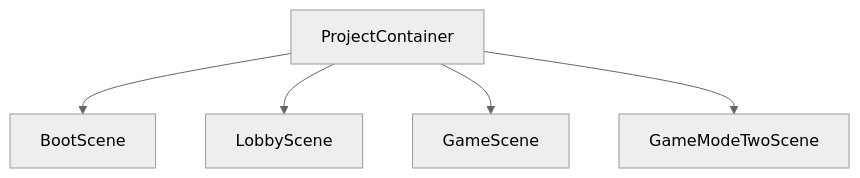
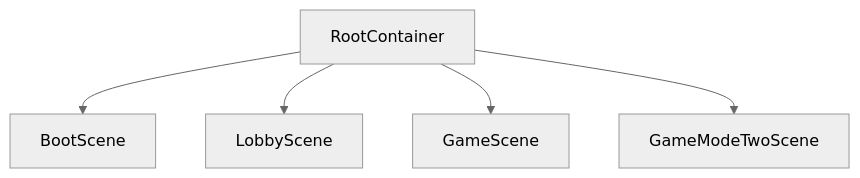
One commit to gustavopsantos/Reflex changed the first of 2 diagrams in .github/README.md. Above: the diagram before and after it, drawn with Mermaid (neutral theme). The commit also changed other lines of this file and 3 other files, not shown here.

````diff
--- a/.github/README.md
+++ b/.github/README.md
@@ -213,7 +213,7 @@
 ```mermaid
 graph
-ProjectContainer --> BootScene
-ProjectContainer --> LobbyScene
-ProjectContainer --> GameScene
-ProjectContainer --> GameModeTwoScene
+RootContainer --> BootScene
+RootContainer --> LobbyScene
+RootContainer --> GameScene
+RootContainer --> GameModeTwoScene
 ```
````
